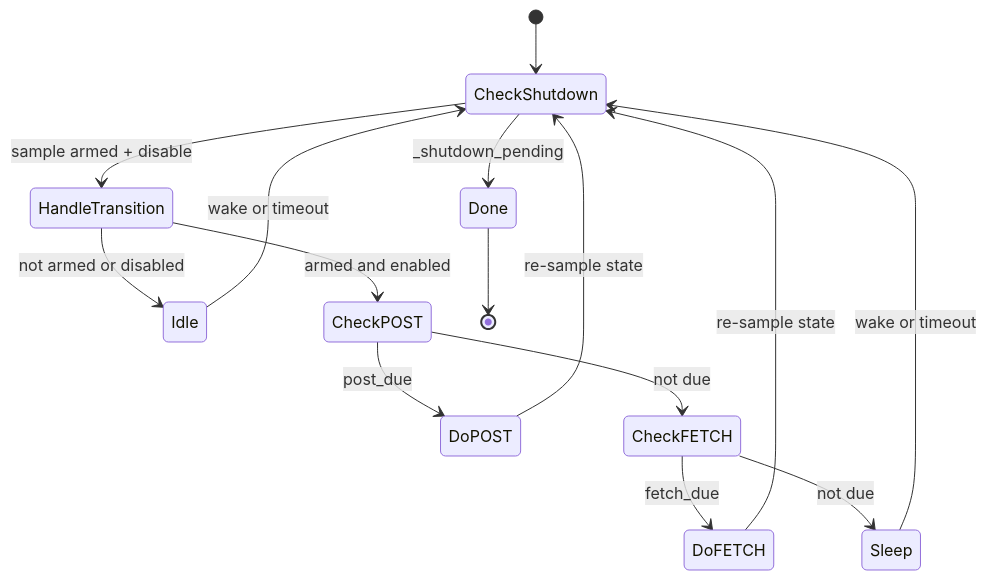
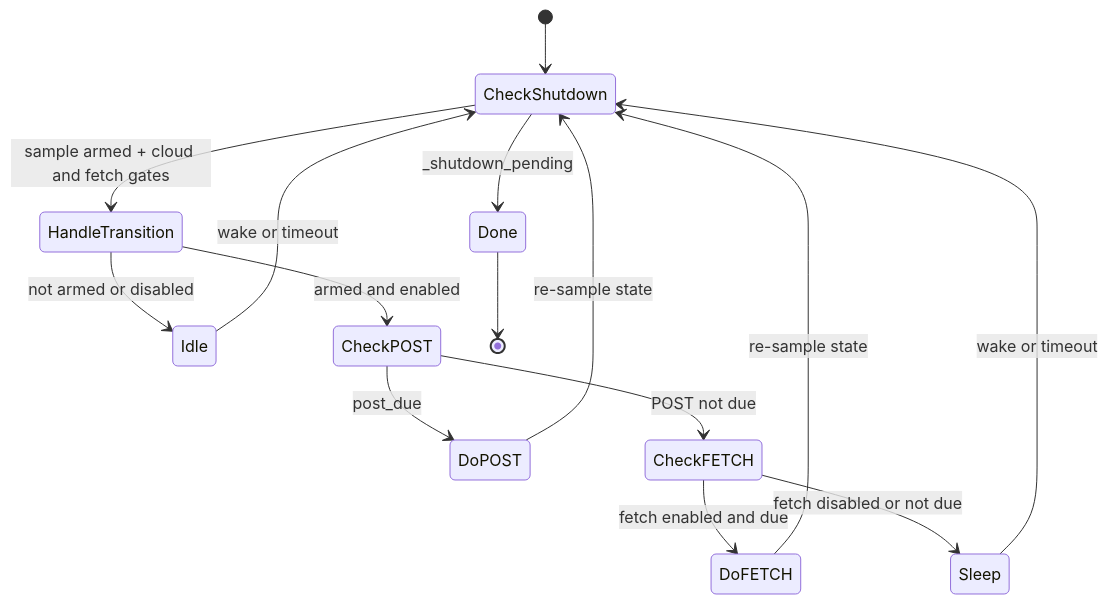
Before and after one commit to mattMRBH/firmware-core: the diagram in products/go/docs/cloud_service.md, drawn with Mermaid. The commit also changed other lines of this file and 15 other files, not shown here.

````diff
--- a/products/go/docs/cloud_service.md
+++ b/products/go/docs/cloud_service.md
@@ -76,17 +78,17 @@
 ```mermaid
 stateDiagram-v2
     [*] --> CheckShutdown
     CheckShutdown --> Done: _shutdown_pending
-    CheckShutdown --> HandleTransition: sample armed + disable
+    CheckShutdown --> HandleTransition: sample armed + cloud and fetch gates
     HandleTransition --> Idle: not armed or disabled
     HandleTransition --> CheckPOST: armed and enabled
     CheckPOST --> DoPOST: post_due
-    CheckPOST --> CheckFETCH: not due
+    CheckPOST --> CheckFETCH: POST not due
     DoPOST --> CheckShutdown: re-sample state
-    CheckFETCH --> DoFETCH: fetch_due
-    CheckFETCH --> Sleep: not due
+    CheckFETCH --> DoFETCH: fetch enabled and due
+    CheckFETCH --> Sleep: fetch disabled or not due
     DoFETCH --> CheckShutdown: re-sample state
     Idle --> CheckShutdown: wake or timeout
     Sleep --> CheckShutdown: wake or timeout
     Done --> [*]
 ```
````
